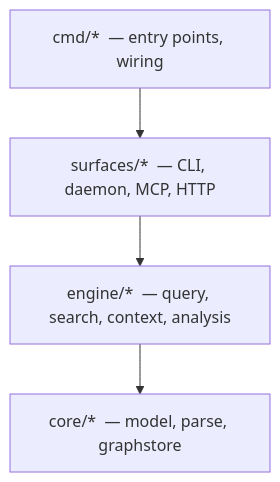
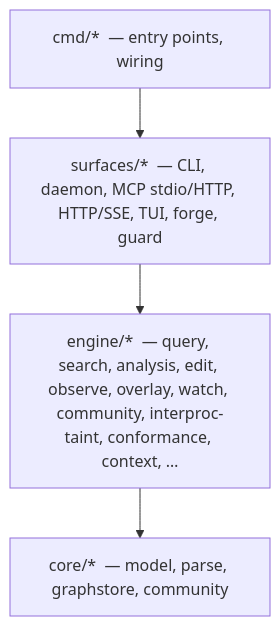
The third of 3 diagrams in readme.md (samibel/graphi), drawn with Mermaid before and after one commit. The commit also changed other lines of this file and 14 other files, not shown here.

````diff
--- a/readme.md
+++ b/readme.md
@@ -435,8 +498,8 @@
 ```mermaid
 flowchart TD
     CMD["cmd/*  — entry points, wiring"]
-    SURF["surfaces/*  — CLI, daemon, MCP, HTTP"]
-    ENG["engine/*  — query, search, context, analysis"]
-    CORE["core/*  — model, parse, graphstore"]
+    SURF["surfaces/*  — CLI, daemon, MCP stdio/HTTP, HTTP/SSE, TUI, forge, guard"]
+    ENG["engine/*  — query, search, analysis, edit, observe, overlay, watch, community, interproc-taint, conformance, context, …"]
+    CORE["core/*  — model, parse, graphstore, community"]
     CMD --> SURF --> ENG --> CORE
 ```
````
